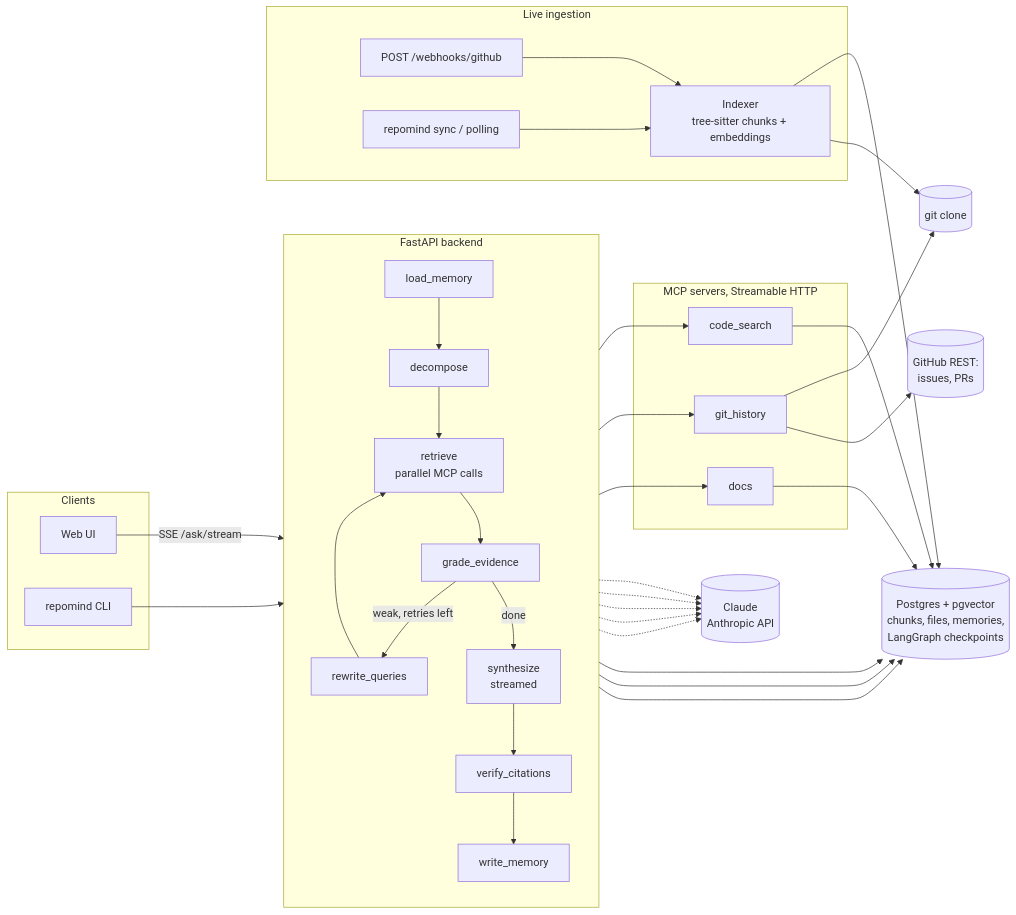
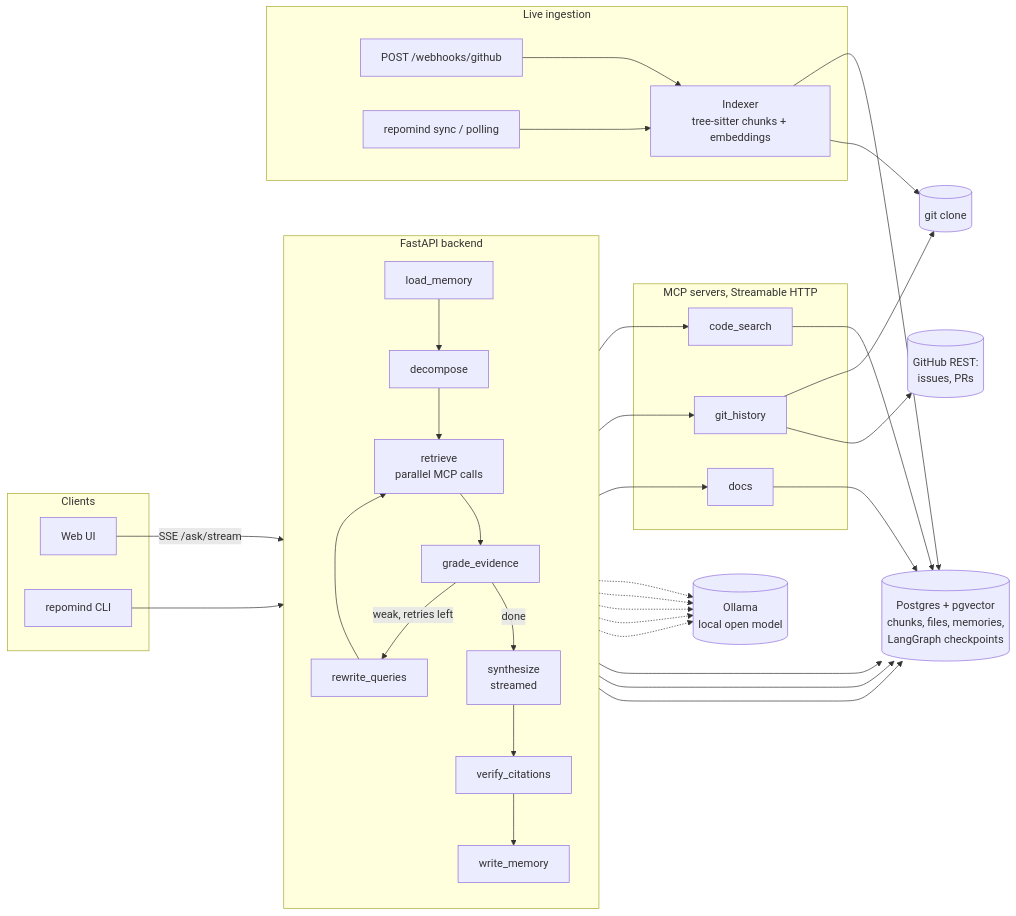
Before and after one commit to shreyashtrivedi/BadeBhai: the diagram in README.md, drawn with Mermaid. The commit also changed other lines of this file and 7 other files, not shown here.

````diff
--- a/README.md
+++ b/README.md
@@ -55,43 +93,43 @@
 ```mermaid
 flowchart LR
     subgraph clients[Clients]
         ui[Web UI]
         cli[repomind CLI]
     end
 
     subgraph api[FastAPI backend]
         direction TB
         lm[load_memory] --> dc[decompose]
         dc --> rt[retrieve<br/>parallel MCP calls]
         rt --> gr[grade_evidence]
         gr -- weak, retries left --> rw[rewrite_queries]
         rw --> rt
         gr -- done --> sy[synthesize<br/>streamed]
         sy --> vc[verify_citations]
         vc --> wm[write_memory]
     end
 
     subgraph mcp[MCP servers, Streamable HTTP]
         cs[code_search]
         gh[git_history]
         ds[docs]
     end
 
     subgraph ingest[Live ingestion]
         wh[POST /webhooks/github]
         sync[repomind sync / polling]
         idx[Indexer<br/>tree-sitter chunks + embeddings]
     end
 
     ui -- SSE /ask/stream --> api
     cli --> api
     rt --> cs & gh & ds
-    dc & gr & rw & sy & wm -.-> llm[(Claude<br/>Anthropic API)]
+    dc & gr & rw & sy & wm -.-> llm[(Ollama<br/>local open model)]
     cs & ds --> pg[(Postgres + pgvector<br/>chunks, files, memories,<br/>LangGraph checkpoints)]
     lm & wm --> pg
     gh --> clone[(git clone)]
     gh --> ghapi[(GitHub REST:<br/>issues, PRs)]
     vc --> pg
     wh & sync --> idx --> pg
     idx --> clone
 ```
````
